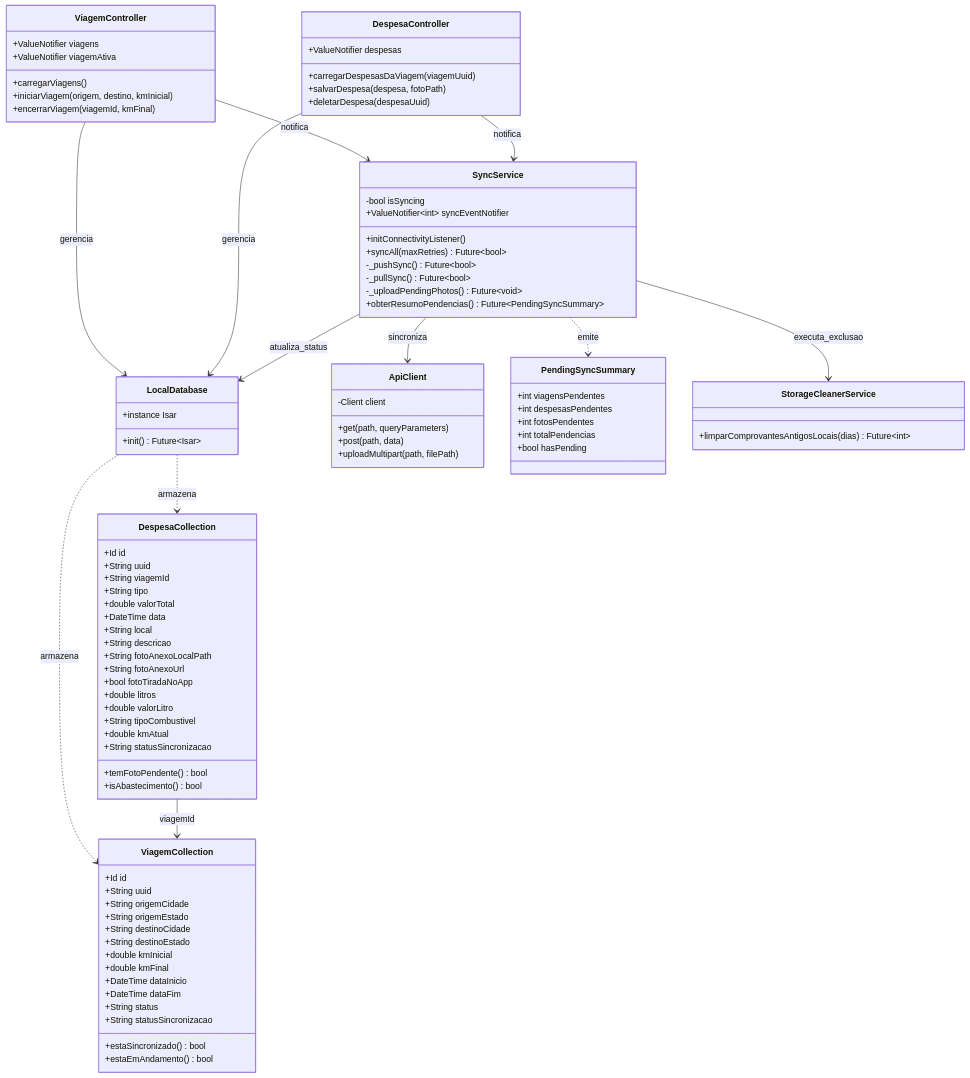
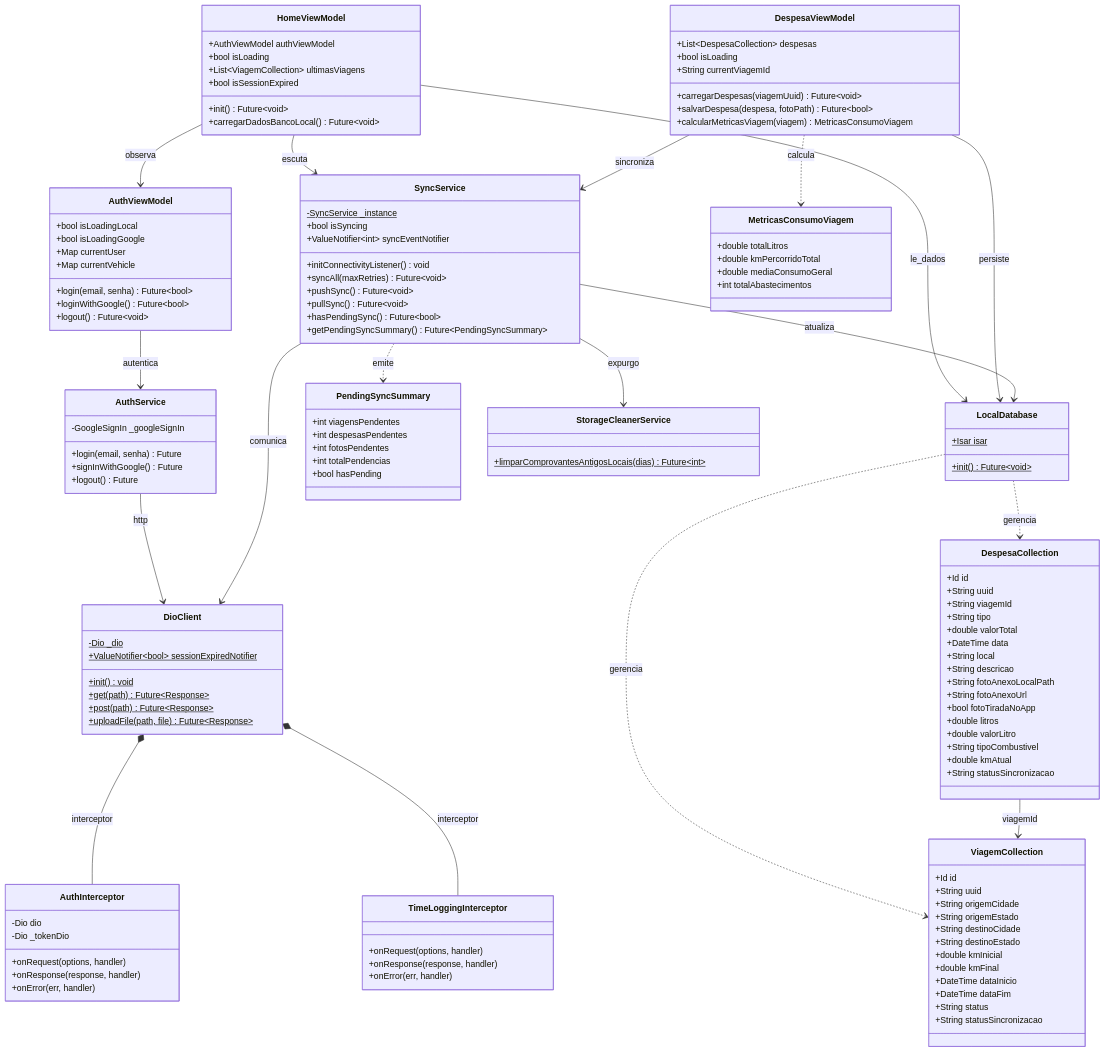
Before and after one commit to Luisdevux/RotaRDV-API: the diagram in documentacao/diagramas/classe/diagrama_classes_mobile.mmd, drawn with Mermaid. The commit also changed 12 other files, not shown here.

Commit message:
docs(Diagramas): Atualizando diagramas para incluir a arquitetura de conectividade do mobile Dio, que antes era http

```diff
--- a/documentacao/diagramas/classe/diagrama_classes_mobile.mmd
+++ b/documentacao/diagramas/classe/diagrama_classes_mobile.mmd
@@ -1,106 +1,153 @@
 classDiagram
     direction TB
 
     class LocalDatabase {
-        +init() Future~Isar~
-        +instance Isar
+        +Isar isar$
+        +init()$ Future~void~
     }
 
     class ViagemCollection {
         +Id id
         +String uuid
         +String origemCidade
         +String origemEstado
         +String destinoCidade
         +String destinoEstado
         +double kmInicial
         +double kmFinal
         +DateTime dataInicio
         +DateTime dataFim
         +String status
         +String statusSincronizacao
-        +estaSincronizado() bool
-        +estaEmAndamento() bool
     }
 
     class DespesaCollection {
         +Id id
         +String uuid
         +String viagemId
         +String tipo
         +double valorTotal
         +DateTime data
         +String local
         +String descricao
         +String fotoAnexoLocalPath
         +String fotoAnexoUrl
         +bool fotoTiradaNoApp
         +double litros
         +double valorLitro
         +String tipoCombustivel
         +double kmAtual
         +String statusSincronizacao
-        +temFotoPendente() bool
-        +isAbastecimento() bool
     }
 
-    class ApiClient {
-        -Client client
-        +get(path, queryParameters)
-        +post(path, data)
-        +uploadMultipart(path, filePath)
+    class DioClient {
+        -Dio _dio$
+        +ValueNotifier~bool~ sessionExpiredNotifier$
+        +init()$ void
+        +get(path)$ Future~Response~
+        +post(path)$ Future~Response~
+        +uploadFile(path, file)$ Future~Response~
+    }
+
+    class AuthInterceptor {
+        -Dio dio
+        -Dio _tokenDio
+        +onRequest(options, handler)
+        +onResponse(response, handler)
+        +onError(err, handler)
+    }
+
+    class TimeLoggingInterceptor {
+        +onRequest(options, handler)
+        +onResponse(response, handler)
+        +onError(err, handler)
+    }
+
+    class AuthService {
+        -GoogleSignIn _googleSignIn
+        +login(email, senha) Future
+        +signInWithGoogle() Future
+        +logout() Future
     }
 
     class SyncService {
-        -bool isSyncing
+        -SyncService _instance$
+        +bool isSyncing
         +ValueNotifier~int~ syncEventNotifier
-        +initConnectivityListener()
-        +syncAll(maxRetries) Future~bool~
-        -_pushSync() Future~bool~
-        -_pullSync() Future~bool~
-        -_uploadPendingPhotos() Future~void~
-        +obterResumoPendencias() Future~PendingSyncSummary~
+        +initConnectivityListener() void
+        +syncAll(maxRetries) Future~void~
+        +pushSync() Future~void~
+        +pullSync() Future~void~
+        +hasPendingSync() Future~bool~
+        +getPendingSyncSummary() Future~PendingSyncSummary~
     }
 
     class PendingSyncSummary {
         +int viagensPendentes
         +int despesasPendentes
         +int fotosPendentes
         +int totalPendencias
         +bool hasPending
     }
 
     class StorageCleanerService {
-        +limparComprovantesAntigosLocais(dias) Future~int~
+        +limparComprovantesAntigosLocais(dias)$ Future~int~
     }
 
-    class ViagemController {
-        +ValueNotifier viagens
-        +ValueNotifier viagemAtiva
-        +carregarViagens()
-        +iniciarViagem(origem, destino, kmInicial)
-        +encerrarViagem(viagemId, kmFinal)
+    class AuthViewModel {
+        +bool isLoadingLocal
+        +bool isLoadingGoogle
+        +Map currentUser
+        +Map currentVehicle
+        +login(email, senha) Future~bool~
+        +loginWithGoogle() Future~bool~
+        +logout() Future~void~
     }
 
-    class DespesaController {
-        +ValueNotifier despesas
-        +carregarDespesasDaViagem(viagemUuid)
-        +salvarDespesa(despesa, fotoPath)
-        +deletarDespesa(despesaUuid)
+    class HomeViewModel {
+        +AuthViewModel authViewModel
+        +bool isLoading
+        +List~ViagemCollection~ ultimasViagens
+        +bool isSessionExpired
+        +init() Future~void~
+        +carregarDadosBancoLocal() Future~void~
+    }
+
+    class DespesaViewModel {
+        +List~DespesaCollection~ despesas
+        +bool isLoading
+        +String currentViagemId
+        +carregarDespesas(viagemUuid) Future~void~
+        +salvarDespesa(despesa, fotoPath) Future~bool~
+        +calcularMetricasViagem(viagem) MetricasConsumoViagem
+    }
+
+    class MetricasConsumoViagem {
+        +double totalLitros
+        +double kmPercorridoTotal
+        +double mediaConsumoGeral
+        +int totalAbastecimentos
     }
 
     %% Relacionamentos
-    LocalDatabase ..> ViagemCollection : armazena
-    LocalDatabase ..> DespesaCollection : armazena
+    LocalDatabase ..> ViagemCollection : gerencia
+    LocalDatabase ..> DespesaCollection : gerencia
+    DespesaCollection --> ViagemCollection : viagemId
 
-    ViagemController --> LocalDatabase : gerencia
-    ViagemController --> SyncService : notifica
-    DespesaController --> LocalDatabase : gerencia
-    DespesaController --> SyncService : notifica
+    DioClient *-- AuthInterceptor : interceptor
+    DioClient *-- TimeLoggingInterceptor : interceptor
 
-    SyncService --> ApiClient : sincroniza
-    SyncService --> LocalDatabase : atualiza_status
-    SyncService --> StorageCleanerService : executa_exclusao
+    AuthService --> DioClient : http
+    AuthViewModel --> AuthService : autentica
+    HomeViewModel --> AuthViewModel : observa
+    HomeViewModel --> LocalDatabase : le_dados
+    HomeViewModel --> SyncService : escuta
+
+    DespesaViewModel --> LocalDatabase : persiste
+    DespesaViewModel --> SyncService : sincroniza
+    DespesaViewModel ..> MetricasConsumoViagem : calcula
+
+    SyncService --> DioClient : comunica
+    SyncService --> LocalDatabase : atualiza
+    SyncService --> StorageCleanerService : expurgo
     SyncService ..> PendingSyncSummary : emite
-
-    DespesaCollection --> ViagemCollection : viagemId
```
